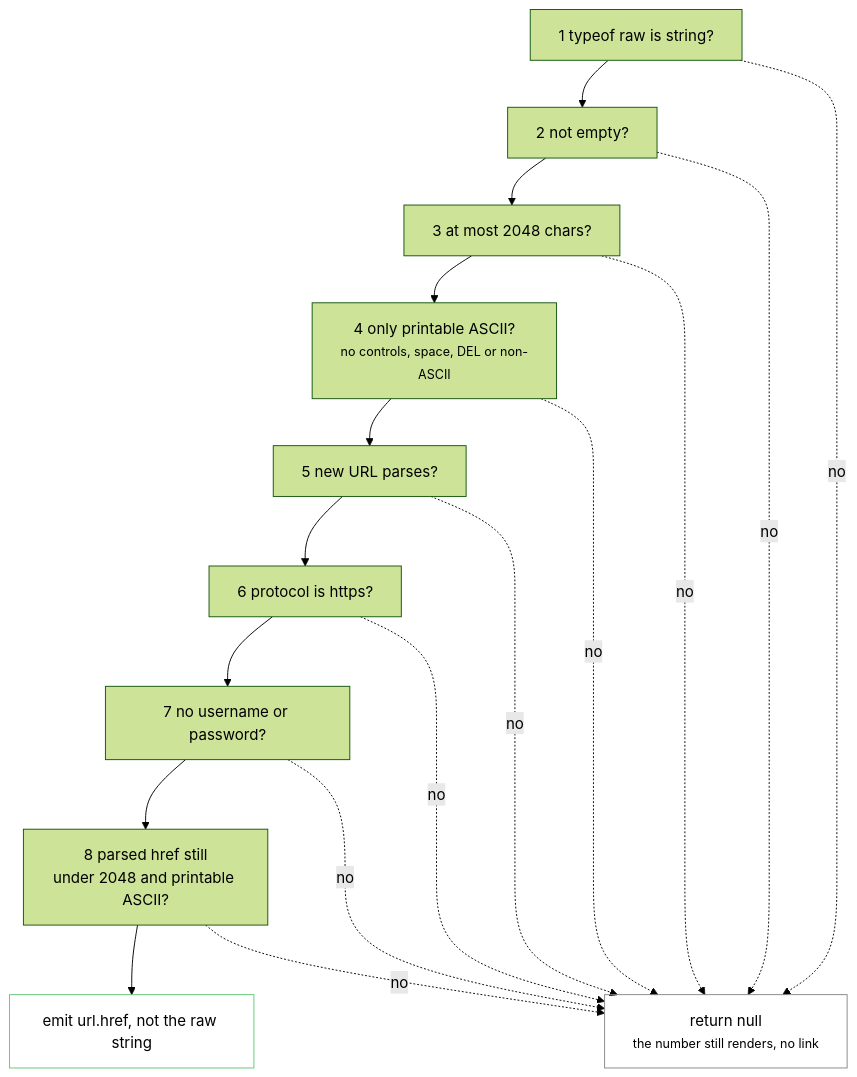
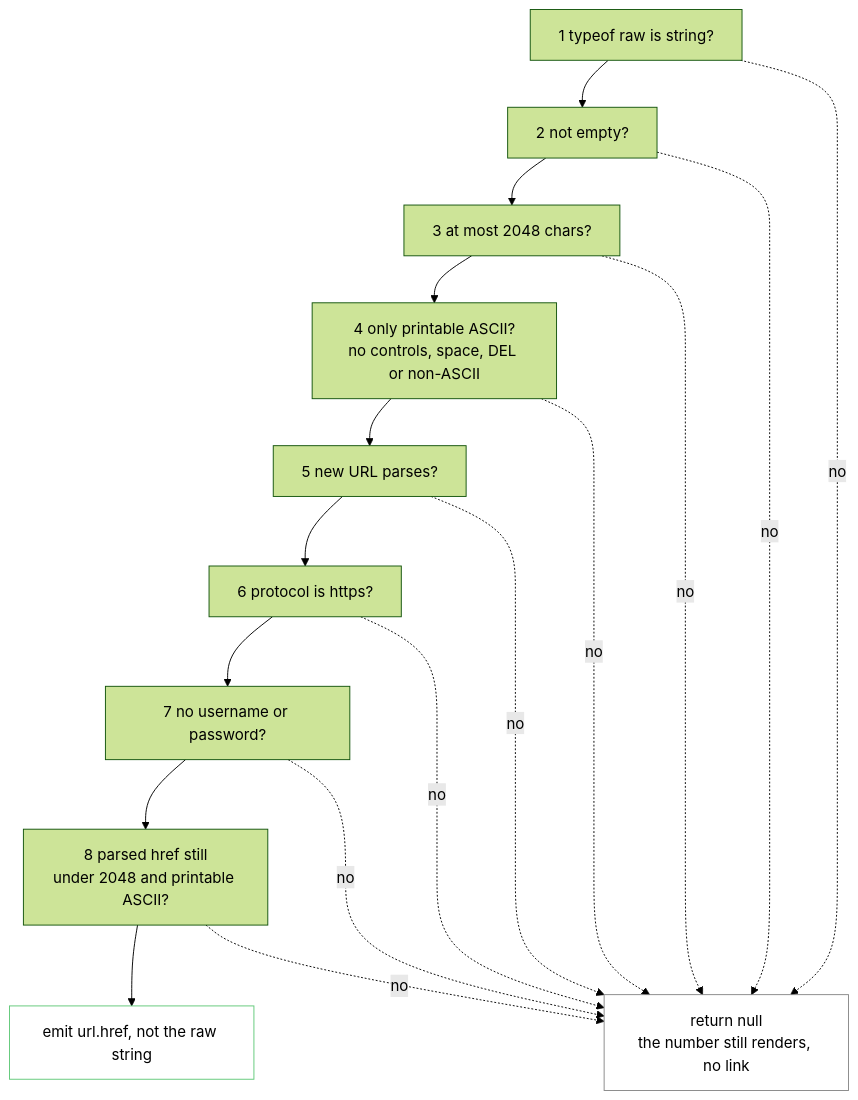
Before and after one commit to carterptull/ampline-claude: the second of 2 diagrams in diagrams/pr-mr-segment.md, drawn with Mermaid (forest theme). The commit also changed other lines of this file and 6 other files, not shown here.

Commit message:
docs: remove small tags from all diagrams and note why in the syntax rules

````diff
--- a/diagrams/pr-mr-segment.md
+++ b/diagrams/pr-mr-segment.md
@@ -58,26 +58,26 @@
 ```mermaid
 flowchart TB
     a["1 typeof raw is string?"]
     b["2 not empty?"]
     c["3 at most 2048 chars?"]
-    d["4 only printable ASCII?<br/><small>no controls, space, DEL or non-ASCII</small>"]
+    d["4 only printable ASCII?<br/>no controls, space, DEL or non-ASCII"]
     e["5 new URL parses?"]
     f["6 protocol is https?"]
     g["7 no username or password?"]
     h["8 parsed href still<br/>under 2048 and printable ASCII?"]
     ok["emit url.href, not the raw string"]
-    fail["return null<br/><small>the number still renders, no link</small>"]
+    fail["return null<br/>the number still renders, no link"]
 
     a --> b --> c --> d --> e --> f --> g --> h --> ok
     a -.->|no| fail
     b -.->|no| fail
     c -.->|no| fail
     d -.->|no| fail
     e -.->|no| fail
     f -.->|no| fail
     g -.->|no| fail
     h -.->|no| fail
 
     style ok fill:transparent,stroke:#60C878
     style fail fill:transparent,stroke:#888
 ```
````
